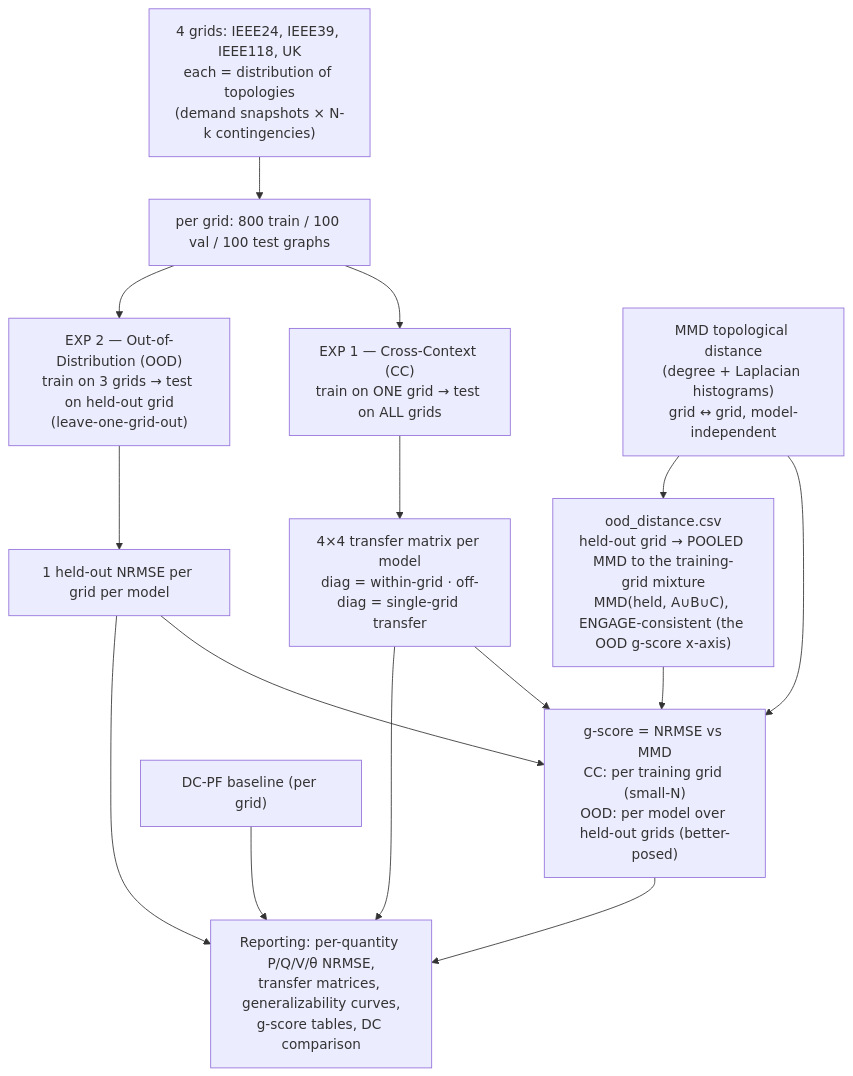
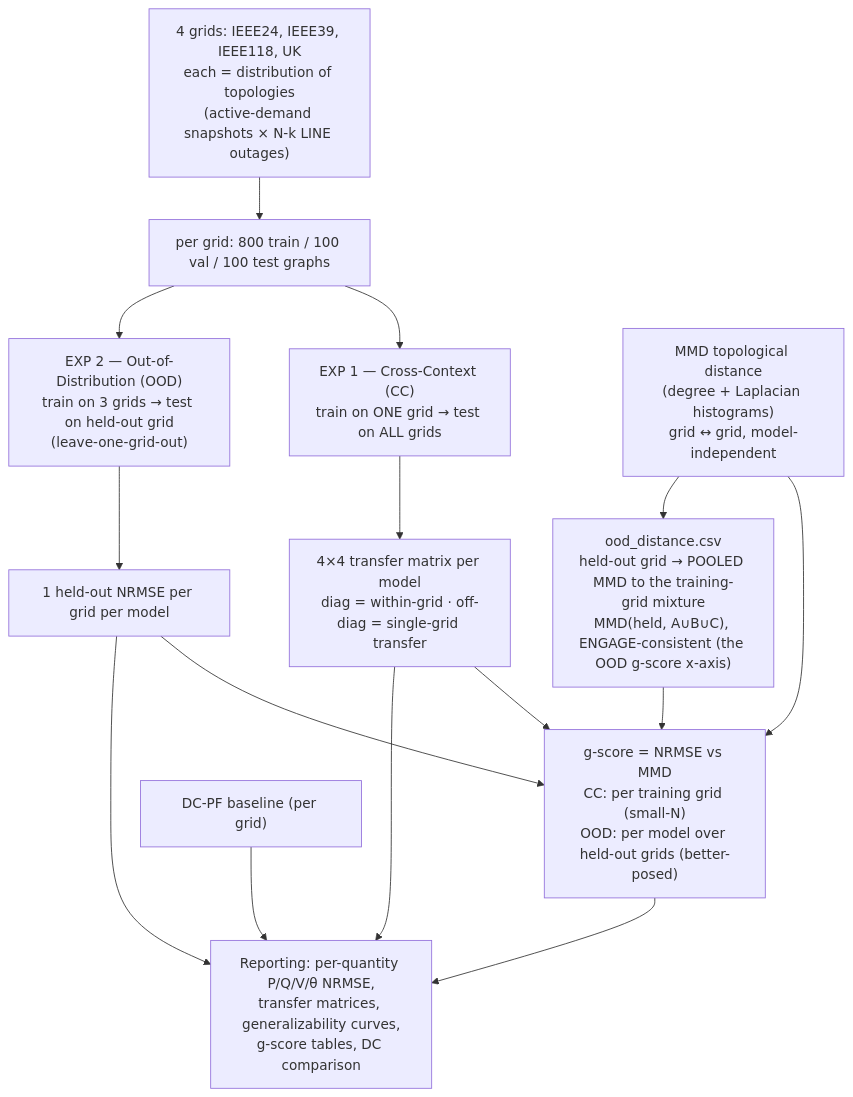
One commit to Davjes15/eval_gnn_generalization_pg changed the diagram in docs/Experimental_Design_transmission_GNN_generalization.md. Above: the diagram before and after it, drawn with Mermaid. The commit also changed other lines of this file and 7 other files, not shown here.

````diff
--- a/docs/Experimental_Design_transmission_GNN_generalization.md
+++ b/docs/Experimental_Design_transmission_GNN_generalization.md
@@ -23,21 +33,21 @@
 ```mermaid
 flowchart TD
-    G["4 grids: IEEE24, IEEE39, IEEE118, UK<br/>each = distribution of topologies<br/>(demand snapshots × N-k contingencies)"] --> DS["per grid: 800 train / 100 val / 100 test graphs"]
+    G["4 grids: IEEE24, IEEE39, IEEE118, UK<br/>each = distribution of topologies<br/>(active-demand snapshots × N-k LINE outages)"] --> DS["per grid: 800 train / 100 val / 100 test graphs"]
 
     DS --> CC["EXP 1 — Cross-Context (CC)<br/>train on ONE grid → test on ALL grids"]
     DS --> OOD["EXP 2 — Out-of-Distribution (OOD)<br/>train on 3 grids → test on held-out grid<br/>(leave-one-grid-out)"]
 
     CC --> CCM["4×4 transfer matrix per model<br/>diag = within-grid · off-diag = single-grid transfer"]
     OOD --> OODM["1 held-out NRMSE per grid per model"]
 
     MMD["MMD topological distance<br/>(degree + Laplacian histograms)<br/>grid ↔ grid, model-independent"] --> GS
     CCM --> GS["g-score = NRMSE vs MMD<br/>CC: per training grid (small-N)<br/>OOD: per model over held-out grids (better-posed)"]
     OODM --> GS
     MMD --> OODD["ood_distance.csv<br/>held-out grid → POOLED MMD to the training-grid mixture<br/>MMD(held, A∪B∪C), ENGAGE-consistent (the OOD g-score x-axis)"]
     OODD --> GS
 
     DC["DC-PF baseline (per grid)"] --> REP
     CCM --> REP["Reporting: per-quantity P/Q/V/θ NRMSE,<br/>transfer matrices, generalizability curves,<br/>g-score tables, DC comparison"]
     OODM --> REP
     GS --> REP
 ```
````
